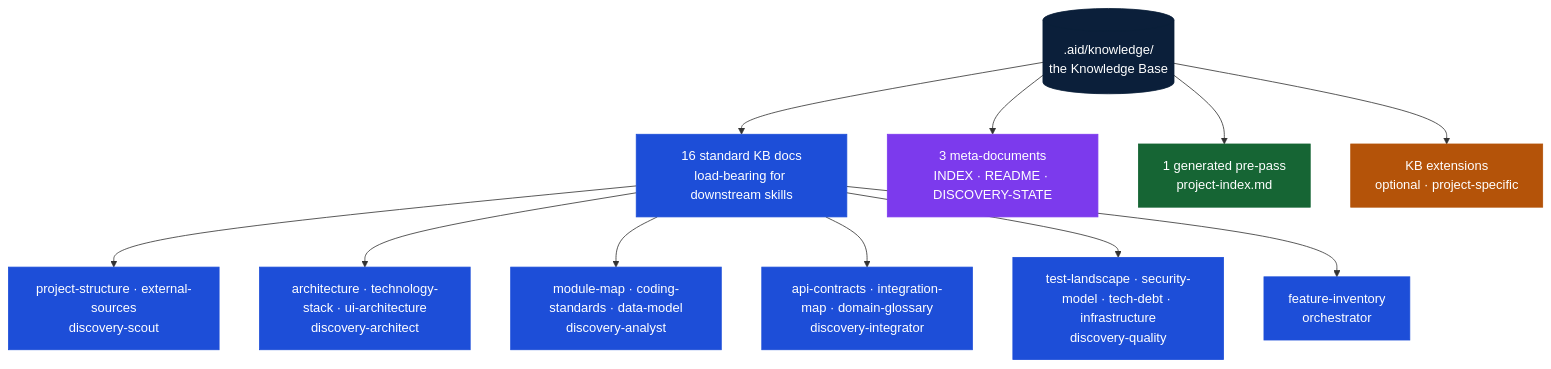
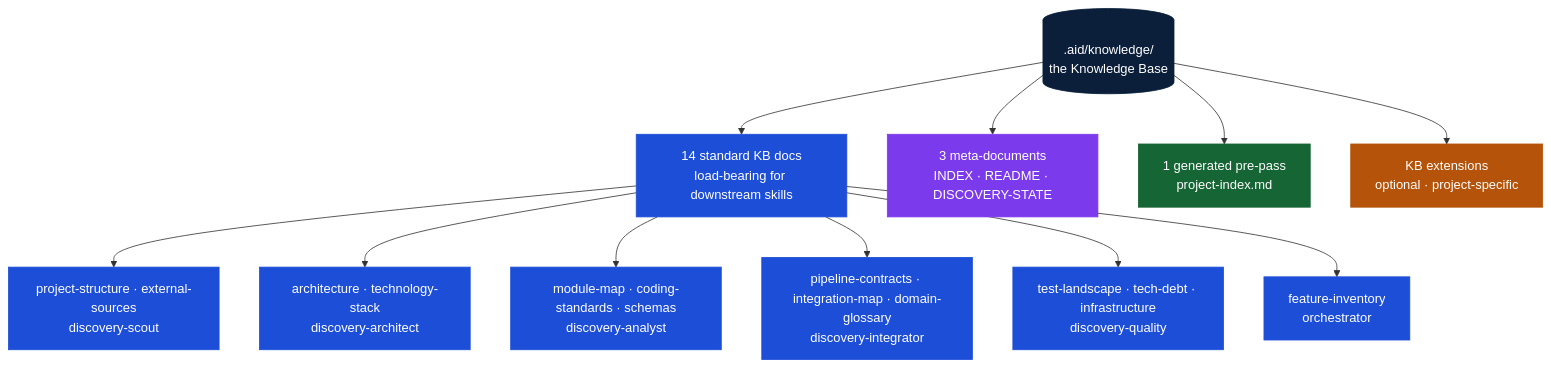
Before and after one commit to AndreVianna/aid-methodology: the second of 5 diagrams in README.md, drawn with Mermaid. The commit also changed other lines of this file and 196 other files, not shown here.

````diff
--- a/README.md
+++ b/README.md
@@ -116,27 +116,27 @@
 ```mermaid
 graph TD
     classDef center fill:#0B1F3A,stroke:#0B1F3A,color:#ffffff
     classDef std fill:#1D4ED8,stroke:#1D4ED8,color:#ffffff
     classDef meta fill:#7C3AED,stroke:#7C3AED,color:#ffffff
     classDef gen fill:#166534,stroke:#166534,color:#ffffff
     classDef ext fill:#B45309,stroke:#B45309,color:#ffffff
 
     KB[(".aid/knowledge/<br/>the Knowledge Base")]:::center
 
-    Standard["16 standard KB docs<br/>load-bearing for downstream skills"]:::std
+    Standard["14 standard KB docs<br/>load-bearing for downstream skills"]:::std
     Meta["3 meta-documents<br/>INDEX · README · DISCOVERY-STATE"]:::meta
     Gen["1 generated pre-pass<br/>project-index.md"]:::gen
     Ext["KB extensions<br/>optional · project-specific"]:::ext
 
     KB --> Standard
     KB --> Meta
     KB --> Gen
     KB --> Ext
 
     Standard --> S1["project-structure · external-sources<br/>discovery-scout"]:::std
-    Standard --> S2["architecture · technology-stack · ui-architecture<br/>discovery-architect"]:::std
-    Standard --> S3["module-map · coding-standards · data-model<br/>discovery-analyst"]:::std
-    Standard --> S4["api-contracts · integration-map · domain-glossary<br/>discovery-integrator"]:::std
-    Standard --> S5["test-landscape · security-model · tech-debt · infrastructure<br/>discovery-quality"]:::std
+    Standard --> S2["architecture · technology-stack<br/>discovery-architect"]:::std
+    Standard --> S3["module-map · coding-standards · schemas<br/>discovery-analyst"]:::std
+    Standard --> S4["pipeline-contracts · integration-map · domain-glossary<br/>discovery-integrator"]:::std
+    Standard --> S5["test-landscape · tech-debt · infrastructure<br/>discovery-quality"]:::std
     Standard --> S6["feature-inventory<br/>orchestrator"]:::std
 ```
````
